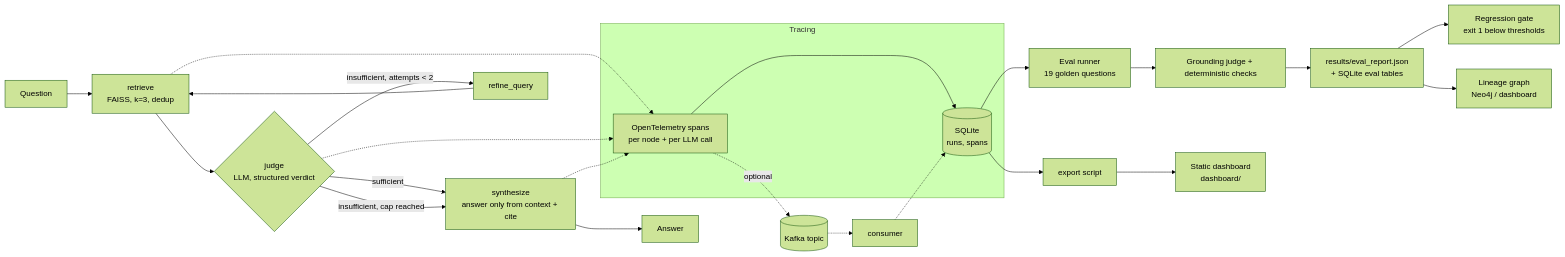
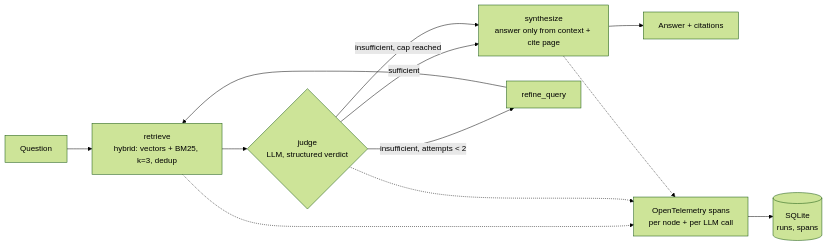
The second of 2 diagrams in README.md (dhanush9686/agent-control-plane), drawn with Mermaid (forest theme) before and after one commit. The commit also changed other lines of this file and 76 other files, not shown here.

````diff
--- a/README.md
+++ b/README.md
@@ -147,23 +143,13 @@
 ```mermaid
 flowchart LR
-    Q[Question] --> R[retrieve<br/>FAISS, k=3, dedup]
+    Q[Question] --> R[retrieve<br/>hybrid: vectors + BM25, k=3, dedup]
     R --> J{judge<br/>LLM, structured verdict}
-    J -- sufficient --> S[synthesize<br/>answer only from context + cite]
+    J -- sufficient --> S[synthesize<br/>answer only from context + cite page]
     J -- insufficient, attempts &lt; 2 --> F[refine_query]
     F --> R
     J -- insufficient, cap reached --> S
-    S --> A[Answer]
-    subgraph Tracing
-      T[OpenTelemetry spans<br/>per node + per LLM call] --> DB[(SQLite<br/>runs, spans)]
-    end
+    S --> A[Answer + citations]
     R -.-> T
     J -.-> T
-    S -.-> T
-    DB --> E[Eval runner<br/>19 golden questions]
-    E --> G[Grounding judge + deterministic checks]
-    G --> REP[results/eval_report.json<br/>+ SQLite eval tables]
-    REP --> GATE[Regression gate<br/>exit 1 below thresholds]
-    T -.optional.-> K[(Kafka topic)] -.-> C[consumer] -.-> DB
-    REP --> L[Lineage graph<br/>Neo4j / dashboard]
-    DB --> X[export script] --> D[Static dashboard<br/>dashboard/]
+    S -.-> T[OpenTelemetry spans<br/>per node + per LLM call] --> DB[(SQLite<br/>runs, spans)]
 ```
````
